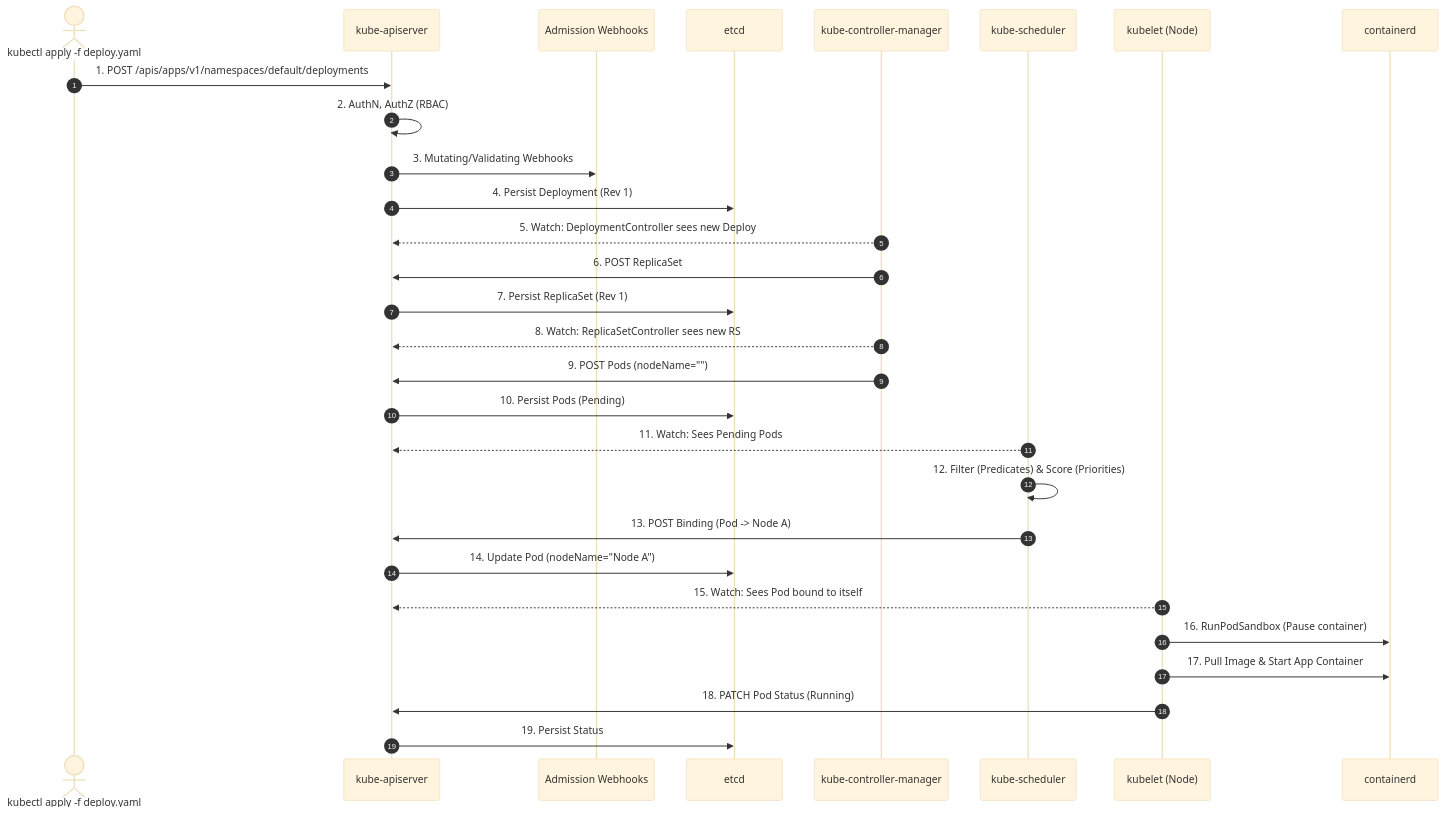
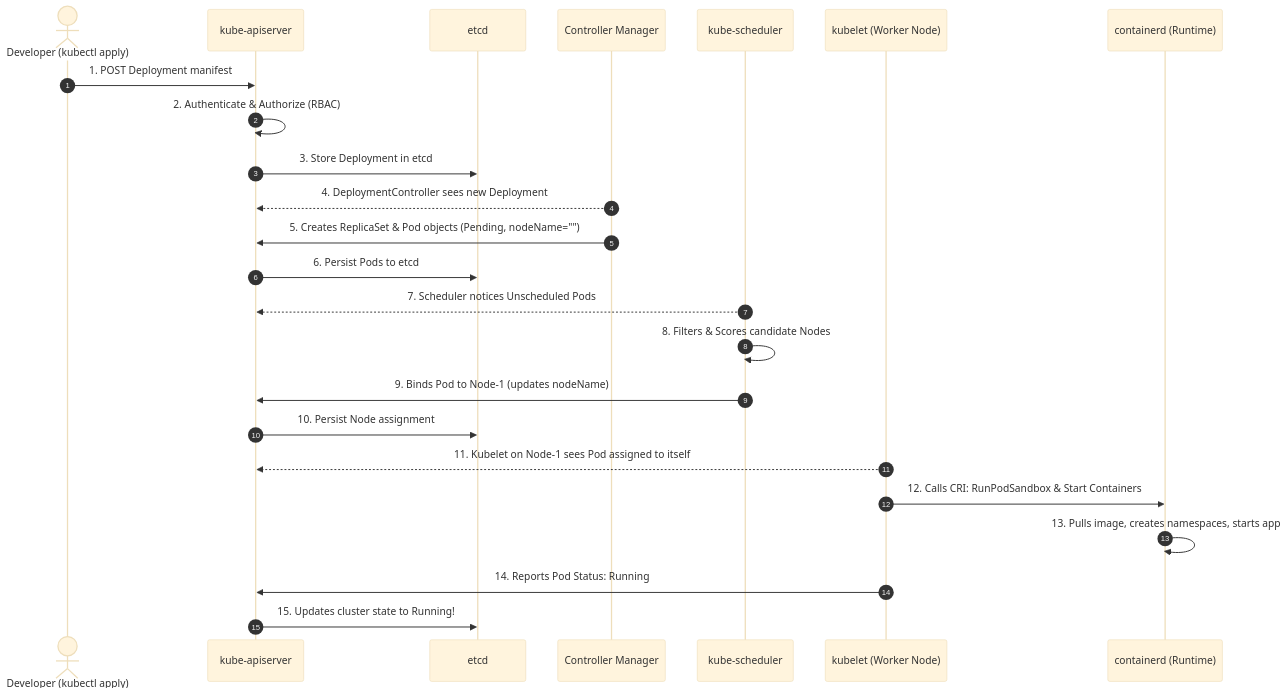
The fourth of 4 diagrams in 02-Kubernetes/01-Architecture-and-Control-Plane.md (PandeyKishan/Study-Notes), drawn with Mermaid (base theme) before and after one commit. The commit also changed other lines of this file and 20 other files, not shown here.

````diff
--- a/02-Kubernetes/01-Architecture-and-Control-Plane.md
+++ b/02-Kubernetes/01-Architecture-and-Control-Plane.md
@@ -152,36 +228,30 @@
 ```mermaid
 sequenceDiagram
     autonumber
-    actor Dev as kubectl apply -f deploy.yaml
+    actor Dev as Developer (kubectl apply)
     participant API as kube-apiserver
-    participant Webhooks as Admission Webhooks
     participant ETCD as etcd
-    participant Ctrl as kube-controller-manager
+    participant KCM as Controller Manager
     participant Sched as kube-scheduler
-    participant Kubelet as kubelet (Node)
-    participant CRI as containerd
+    participant Kubelet as kubelet (Worker Node)
+    participant CRI as containerd (Runtime)
 
-    Dev->>API: 1. POST /apis/apps/v1/namespaces/default/deployments
-    API->>API: 2. AuthN, AuthZ (RBAC)
-    API->>Webhooks: 3. Mutating/Validating Webhooks
-    API->>ETCD: 4. Persist Deployment (Rev 1)
+    Dev->>API: 1. POST Deployment manifest
+    API->>API: 2. Authenticate & Authorize (RBAC)
+    API->>ETCD: 3. Store Deployment in etcd
     
-    Ctrl-->>API: 5. Watch: DeploymentController sees new Deploy
-    Ctrl->>API: 6. POST ReplicaSet
-    API->>ETCD: 7. Persist ReplicaSet (Rev 1)
-    
-    Ctrl-->>API: 8. Watch: ReplicaSetController sees new RS
-    Ctrl->>API: 9. POST Pods (nodeName="")
-    API->>ETCD: 10. Persist Pods (Pending)
-    
-    Sched-->>API: 11. Watch: Sees Pending Pods
-    Sched->>Sched: 12. Filter (Predicates) & Score (Priorities)
-    Sched->>API: 13. POST Binding (Pod -> Node A)
-    API->>ETCD: 14. Update Pod (nodeName="Node A")
-    
-    Kubelet-->>API: 15. Watch: Sees Pod bound to itself
-    Kubelet->>CRI: 16. RunPodSandbox (Pause container)
-    Kubelet->>CRI: 17. Pull Image & Start App Container
-    Kubelet->>API: 18. PATCH Pod Status (Running)
-    API->>ETCD: 19. Persist Status
+    KCM-->>API: 4. DeploymentController sees new Deployment
+    KCM->>API: 5. Creates ReplicaSet & Pod objects (Pending, nodeName="")
+    API->>ETCD: 6. Persist Pods to etcd
+
+    Sched-->>API: 7. Scheduler notices Unscheduled Pods
+    Sched->>Sched: 8. Filters & Scores candidate Nodes
+    Sched->>API: 9. Binds Pod to Node-1 (updates nodeName)
+    API->>ETCD: 10. Persist Node assignment
+
+    Kubelet-->>API: 11. Kubelet on Node-1 sees Pod assigned to itself
+    Kubelet->>CRI: 12. Calls CRI: RunPodSandbox & Start Containers
+    CRI->>CRI: 13. Pulls image, creates namespaces, starts app
+    Kubelet->>API: 14. Reports Pod Status: Running
+    API->>ETCD: 15. Updates cluster state to Running!
 ```
````
